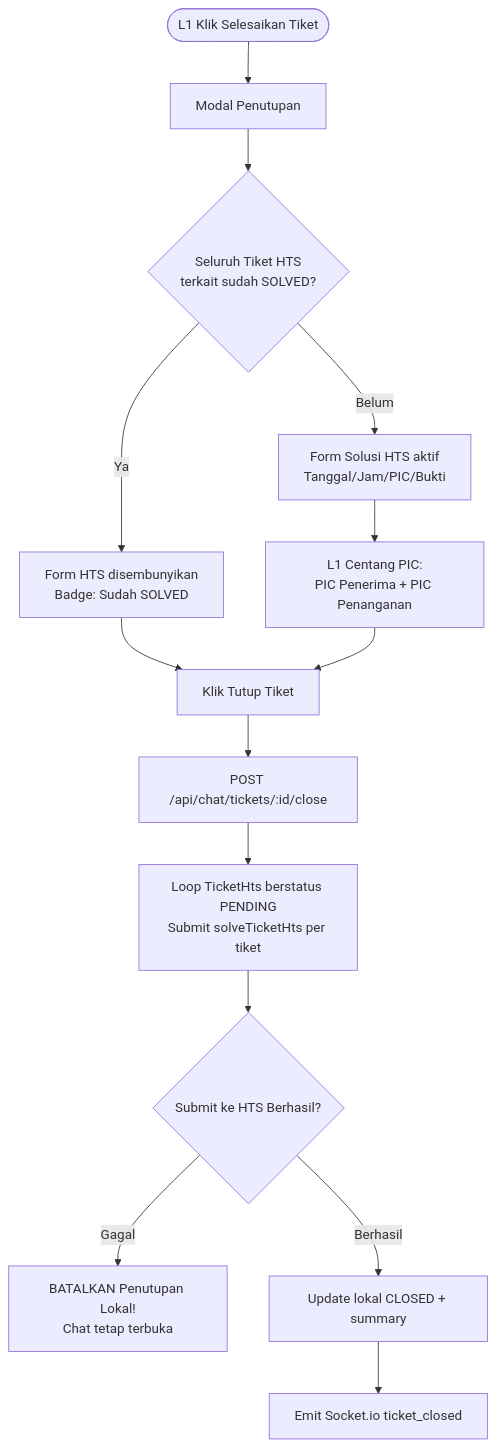
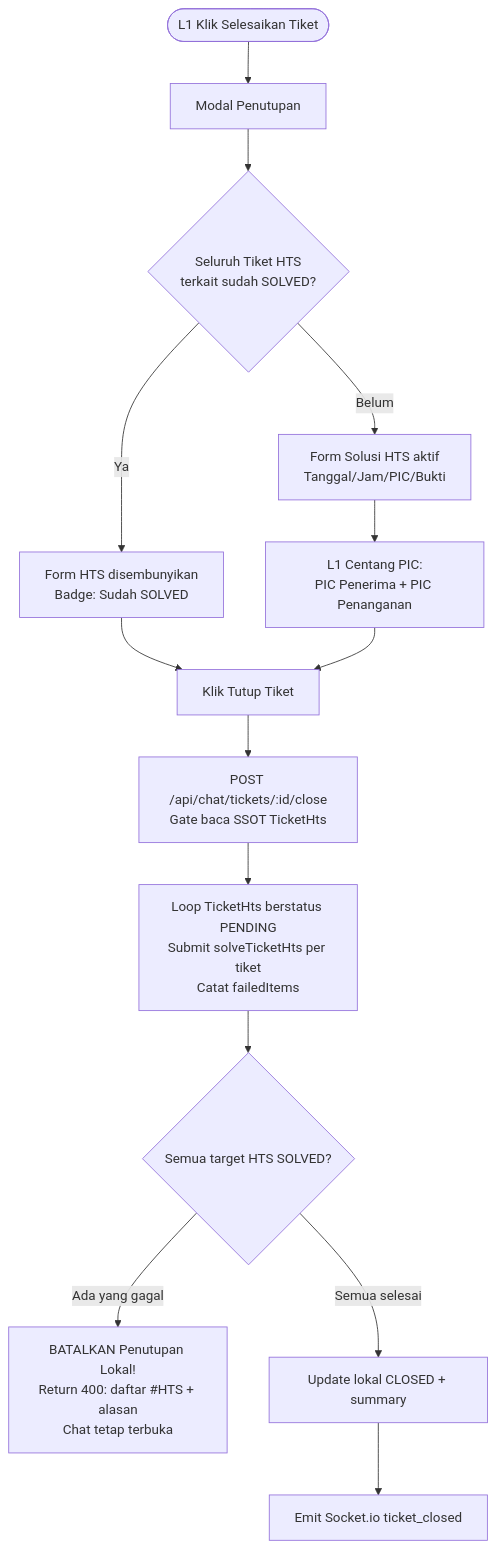
The seventh of 10 diagrams in docs/Architecture.md (llaurensius/hts-chat-integration), drawn with Mermaid before and after one commit. The commit also changed other lines of this file and 4 other files, not shown here.

Commit message:
docs: add comprehensive project documentation covering architecture, database, API, features, QA, and operations

````diff
--- a/docs/Architecture.md
+++ b/docs/Architecture.md
@@ -229,16 +229,16 @@
 ```mermaid
 flowchart TD
     A([L1 Klik Selesaikan Tiket]) --> B[Modal Penutupan]
     B --> C{Seluruh Tiket HTS<br/>terkait sudah SOLVED?}
     C -- Ya --> D[Form HTS disembunyikan<br/>Badge: Sudah SOLVED]
     C -- Belum --> E[Form Solusi HTS aktif<br/>Tanggal/Jam/PIC/Bukti]
     E --> F[L1 Centang PIC:<br/>PIC Penerima + PIC Penanganan]
     D --> G[Klik Tutup Tiket]
     F --> G
-    G --> H[POST /api/chat/tickets/:id/close]
-    H --> I[Loop TicketHts berstatus PENDING<br/>Submit solveTicketHts per tiket]
-    I --> J{Submit ke HTS Berhasil?}
-    J -- Gagal --> K[BATALKAN Penutupan Lokal!<br/>Chat tetap terbuka]
-    J -- Berhasil --> L[Update lokal CLOSED + summary]
+    G --> H[POST /api/chat/tickets/:id/close<br/>Gate baca SSOT TicketHts]
+    H --> I[Loop TicketHts berstatus PENDING<br/>Submit solveTicketHts per tiket<br/>Catat failedItems]
+    I --> J{Semua target HTS SOLVED?}
+    J -- Ada yang gagal --> K[BATALKAN Penutupan Lokal!<br/>Return 400: daftar #HTS + alasan<br/>Chat tetap terbuka]
+    J -- Semua selesai --> L[Update lokal CLOSED + summary]
     L --> M[Emit Socket.io ticket_closed]
 ```
````
